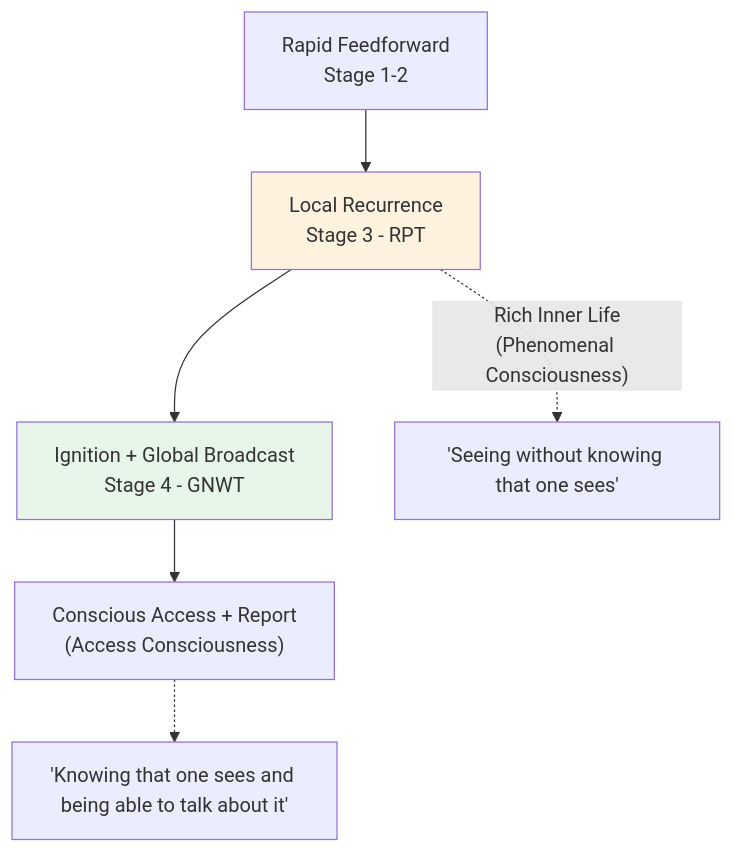
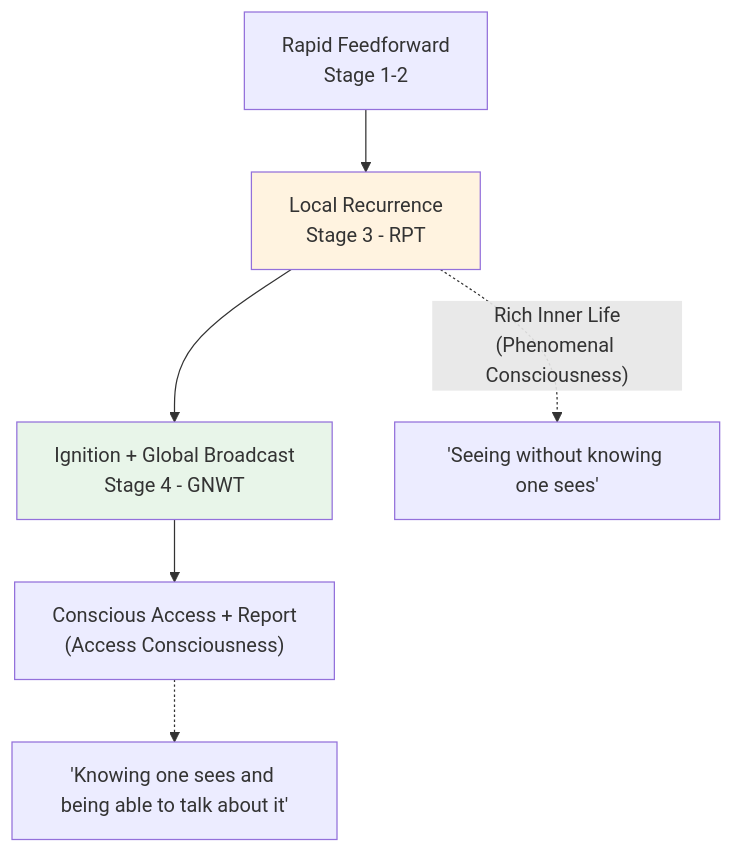
The second of 7 diagrams in concepts/concepts.md (AlainCo/GNWT-Garrigue-X-en), drawn with Mermaid before and after one commit. The commit also changed other lines of this file and 23 other files, not shown here.

````diff
--- a/concepts/concepts.md
+++ b/concepts/concepts.md
@@ -58,14 +58,14 @@
 ```mermaid
 flowchart TD
     A[Rapid Feedforward<br>Stage 1-2] --> B[Local Recurrence<br>Stage 3 - RPT]
     B --> C[Ignition + Global Broadcast<br>Stage 4 - GNWT]
 
-    B -.->|"Rich Inner Life<br>(Phenomenal Consciousness)"| D["'Seeing without knowing that one sees'"]
+    B -.->|"Rich Inner Life<br>(Phenomenal Consciousness)"| D["'Seeing without knowing one sees'"]
     C --> E["Conscious Access + Report<br>(Access Consciousness)"]
-    E -.-> F["'Knowing that one sees and being able to talk about it'"]
+    E -.-> F["'Knowing one sees and being able to talk about it'"]
 
     classDef rpt fill:#fff3e0
     classDef gnwt fill:#e8f5e9
     class B rpt
     class C gnwt
 ```
````
